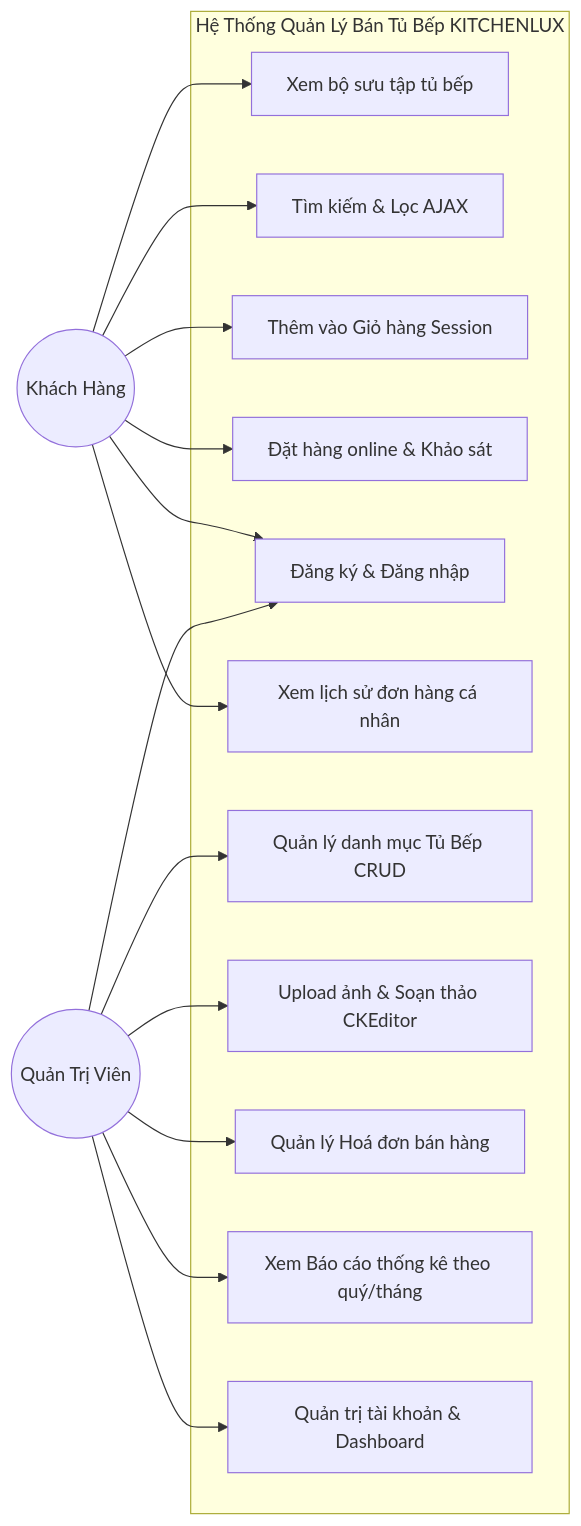
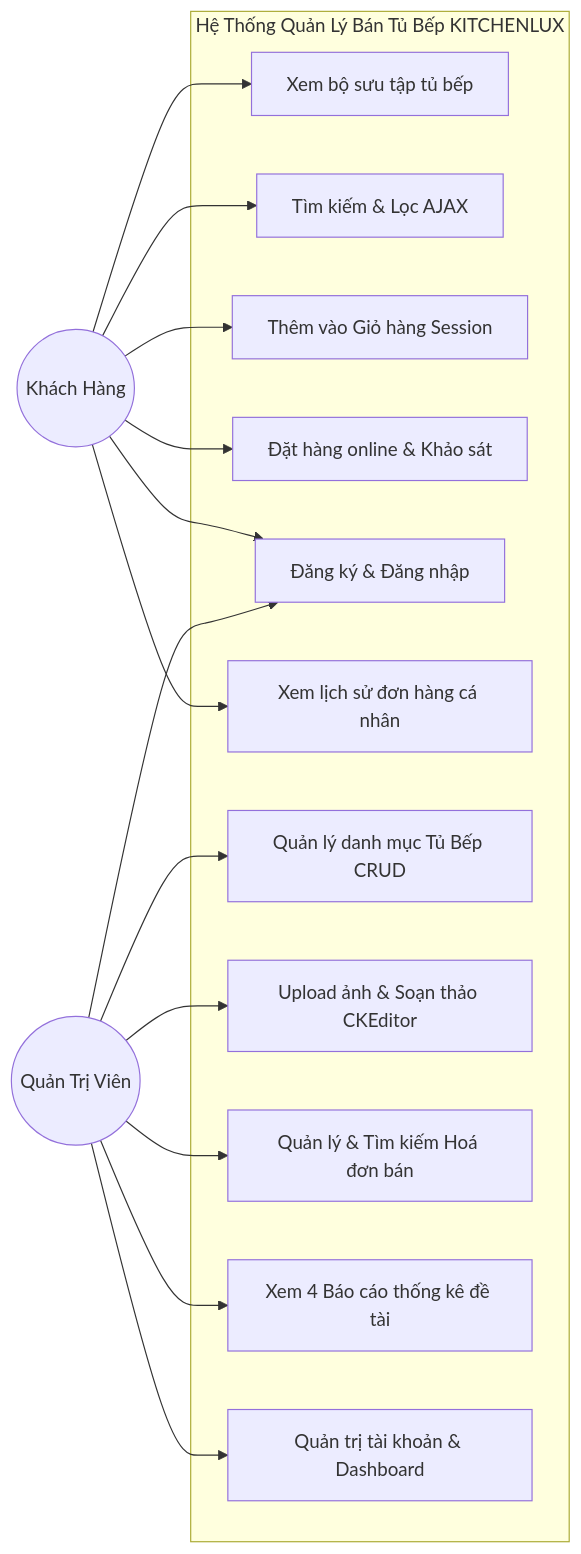
The diagram in HUONG_DAN_DU_AN_BTL.md (binhminh1201/QuanLyBanTuBepWeb), drawn with Mermaid before and after one commit. The commit also changed other lines of this file and 104 other files, not shown here.

````diff
--- a/HUONG_DAN_DU_AN_BTL.md
+++ b/HUONG_DAN_DU_AN_BTL.md
@@ -65,34 +70,34 @@
 ```mermaid
 flowchart LR
     KhachHang((Khách Hàng))
     Admin((Quản Trị Viên))
 
     subgraph "Hệ Thống Quản Lý Bán Tủ Bếp KITCHENLUX"
         UC1[Xem bộ sưu tập tủ bếp]
         UC2[Tìm kiếm & Lọc AJAX]
         UC3[Thêm vào Giỏ hàng Session]
         UC4[Đặt hàng online & Khảo sát]
         UC5[Đăng ký & Đăng nhập]
         UC6[Xem lịch sử đơn hàng cá nhân]
         
         UC7[Quản lý danh mục Tủ Bếp CRUD]
         UC8[Upload ảnh & Soạn thảo CKEditor]
-        UC9[Quản lý Hoá đơn bán hàng]
-        UC10[Xem Báo cáo thống kê theo quý/tháng]
+        UC9[Quản lý & Tìm kiếm Hoá đơn bán]
+        UC10[Xem 4 Báo cáo thống kê đề tài]
         UC11[Quản trị tài khoản & Dashboard]
     end
 
     KhachHang --> UC1
     KhachHang --> UC2
     KhachHang --> UC3
     KhachHang --> UC4
     KhachHang --> UC5
     KhachHang --> UC6
 
     Admin --> UC5
     Admin --> UC7
     Admin --> UC8
     Admin --> UC9
     Admin --> UC10
     Admin --> UC11
 ```
````
